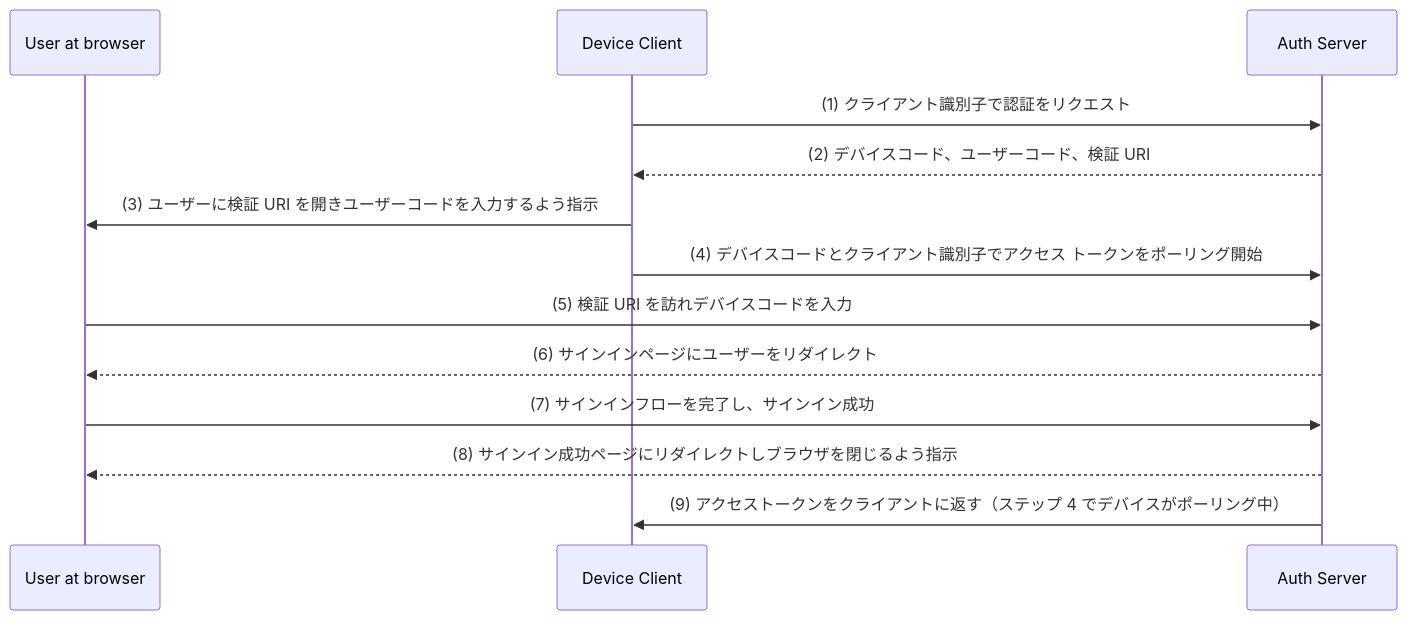
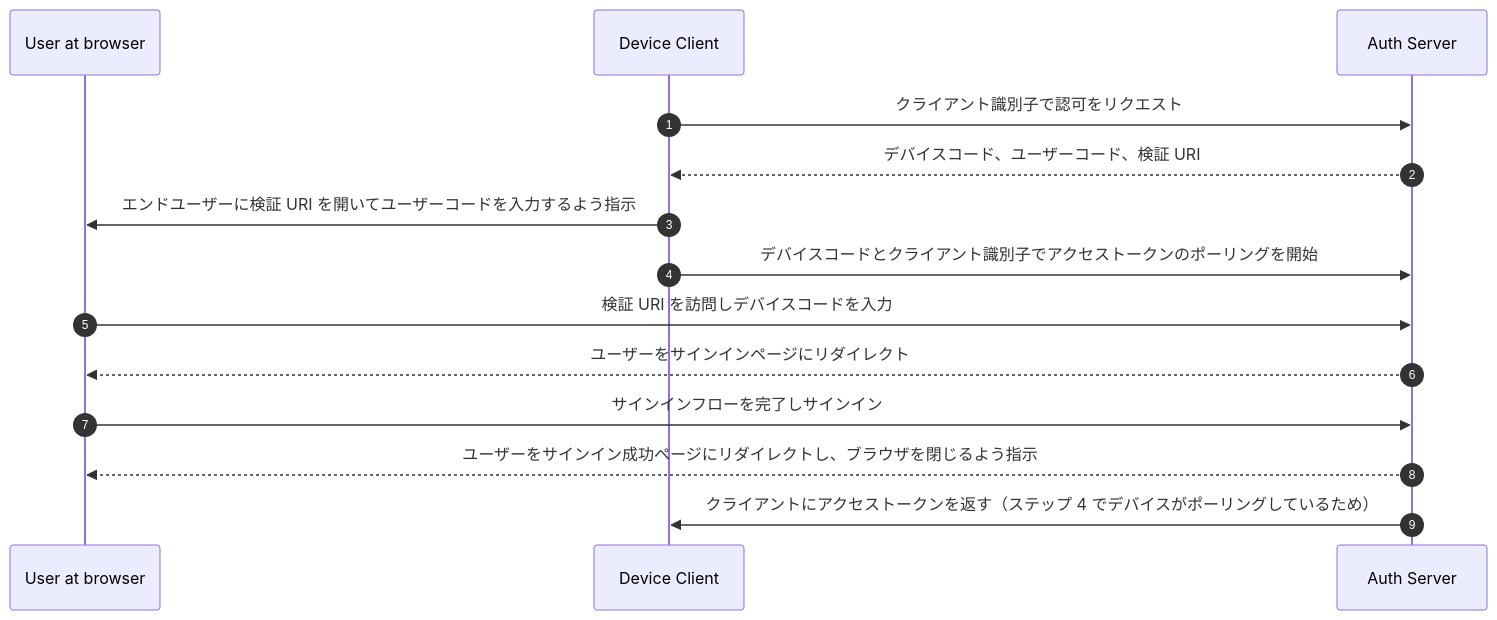
The diagram in src/content/terms/ja/device-flow.mdx (logto-io/auth-wiki), drawn with Mermaid before and after one commit. The commit also changed other lines of this file and 98 other files, not shown here.

````diff
--- a/src/content/terms/ja/device-flow.mdx
+++ b/src/content/terms/ja/device-flow.mdx
@@ -88,16 +90,17 @@
 ```mermaid
 sequenceDiagram
+	autonumber
 	participant User at browser
 	participant Device Client
 	participant Auth Server
 
-	Device Client ->> Auth Server: (1) クライアント識別子で認証をリクエスト
-	Auth Server -->> Device Client: (2) デバイスコード、ユーザーコード、検証 URI
-	Device Client ->> User at browser: (3) ユーザーに検証 URI を開きユーザーコードを入力するよう指示
-	Device Client ->> Auth Server: (4) デバイスコードとクライアント識別子でアクセス トークンをポーリング開始
-	User at browser ->> Auth Server: (5) 検証 URI を訪れデバイスコードを入力
-	Auth Server -->> User at browser: (6) サインインページにユーザーをリダイレクト
-	User at browser ->> Auth Server: (7) サインインフローを完了し、サインイン成功
-	Auth Server -->> User at browser: (8) サインイン成功ページにリダイレクトしブラウザを閉じるよう指示
-	Auth Server ->> Device Client: (9) アクセストークンをクライアントに返す（ステップ 4 でデバイスがポーリング中）
+	Device Client ->> Auth Server: クライアント識別子で認可をリクエスト
+	Auth Server -->> Device Client: デバイスコード、ユーザーコード、検証 URI
+	Device Client ->> User at browser: エンドユーザーに検証 URI を開いてユーザーコードを入力するよう指示
+	Device Client ->> Auth Server: デバイスコードとクライアント識別子でアクセストークンのポーリングを開始
+	User at browser ->> Auth Server: 検証 URI を訪問しデバイスコードを入力
+	Auth Server -->> User at browser: ユーザーをサインインページにリダイレクト
+	User at browser ->> Auth Server: サインインフローを完了しサインイン
+	Auth Server -->> User at browser: ユーザーをサインイン成功ページにリダイレクトし、ブラウザを閉じるよう指示
+	Auth Server ->> Device Client: クライアントにアクセストークンを返す（ステップ 4 でデバイスがポーリングしているため）
 ```
````
